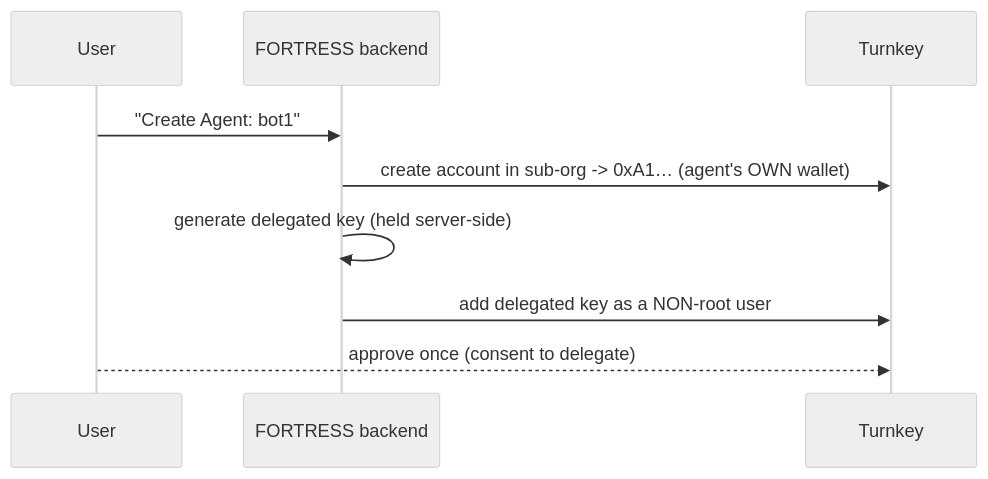
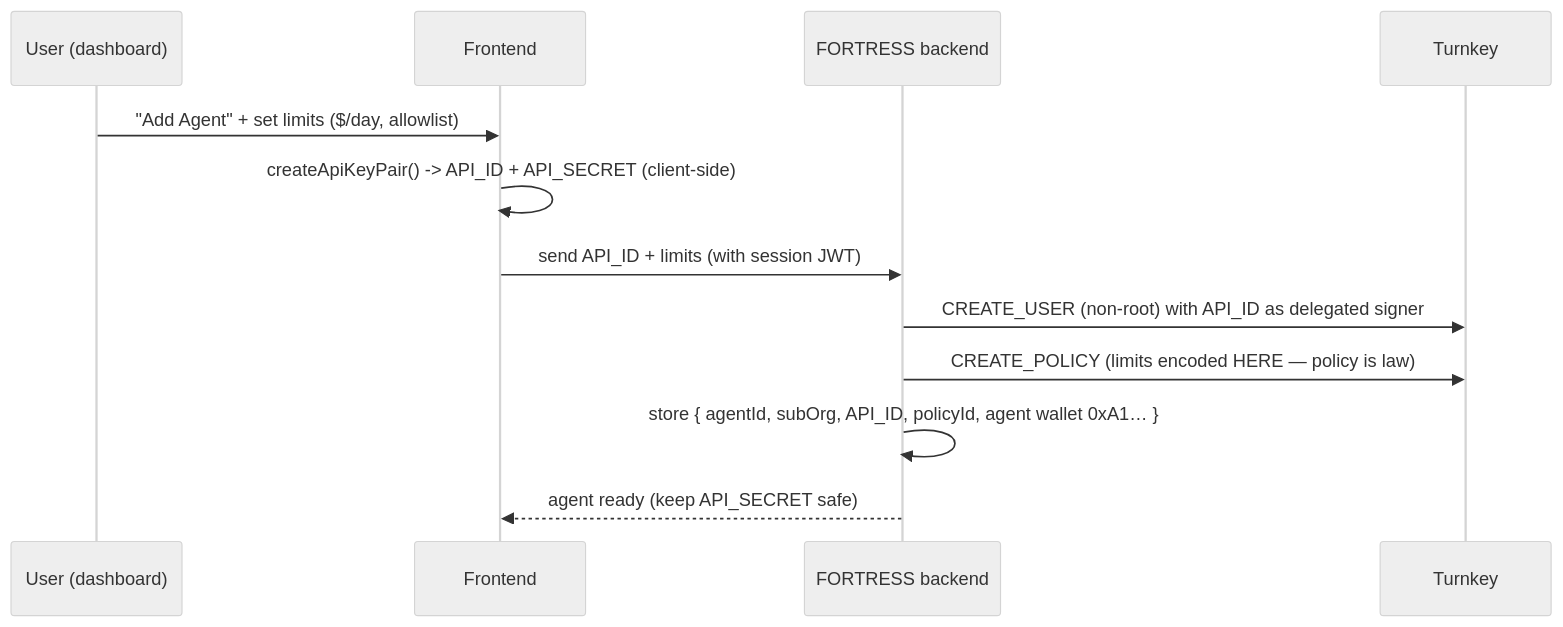
Before and after one commit to itsme-boii/archetectures: the fourth of 5 diagrams in README.md, drawn with Mermaid (neutral theme). The commit also changed other lines of this file, not shown here.

Commit message:
Institution-grade README v3: final Option-a architecture (delegated agent key, local MCP stamping, prepare/stamp/submit, policy-enforced limits)

````diff
--- a/README.md
+++ b/README.md
@@ -111,11 +140,14 @@
 ```mermaid
 sequenceDiagram
-    participant U as User
+    participant U as User (dashboard)
+    participant FE as Frontend
     participant BE as FORTRESS backend
     participant TK as Turnkey
-    U->>BE: "Create Agent: bot1"
-    BE->>TK: create account in sub-org -> 0xA1… (agent's OWN wallet)
-    BE->>BE: generate delegated key (held server-side)
-    BE->>TK: add delegated key as a NON-root user
-    U-->>TK: approve once (consent to delegate)
+    U->>FE: "Add Agent" + set limits ($/day, allowlist)
+    FE->>FE: createApiKeyPair() -> API_ID + API_SECRET (client-side)
+    FE->>BE: send API_ID + limits (with session JWT)
+    BE->>TK: CREATE_USER (non-root) with API_ID as delegated signer
+    BE->>TK: CREATE_POLICY (limits encoded HERE — policy is law)
+    BE->>BE: store { agentId, subOrg, API_ID, policyId, agent wallet 0xA1… }
+    BE-->>FE: agent ready (keep API_SECRET safe)
 ```
````
